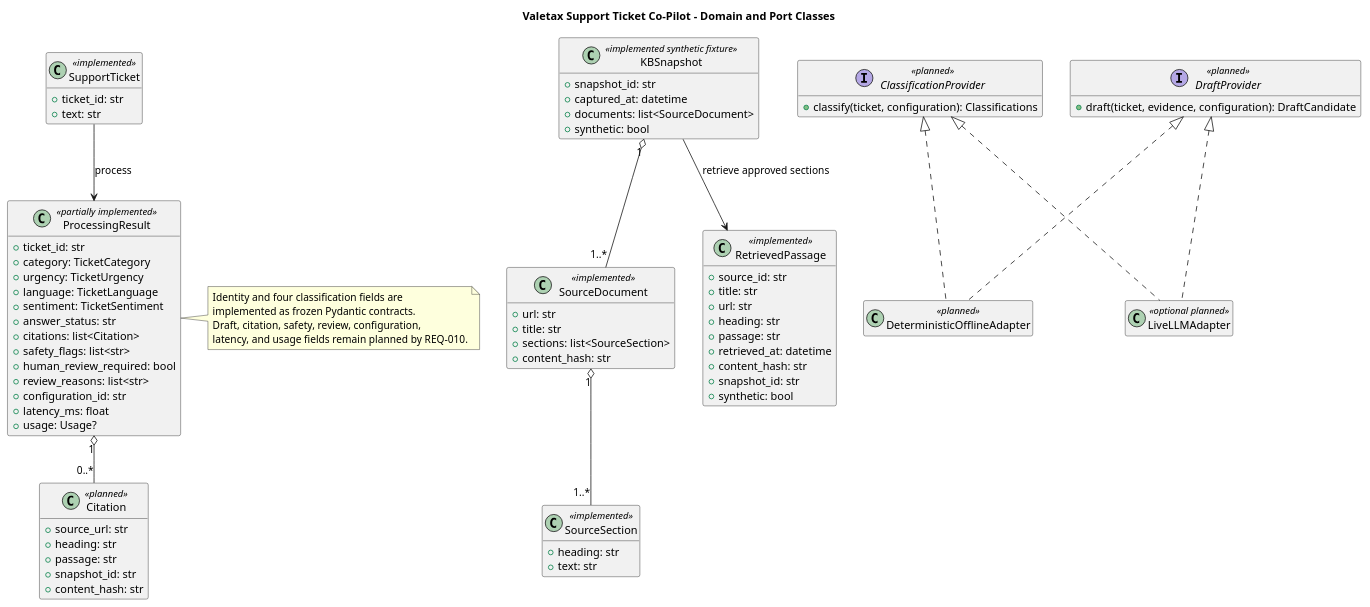
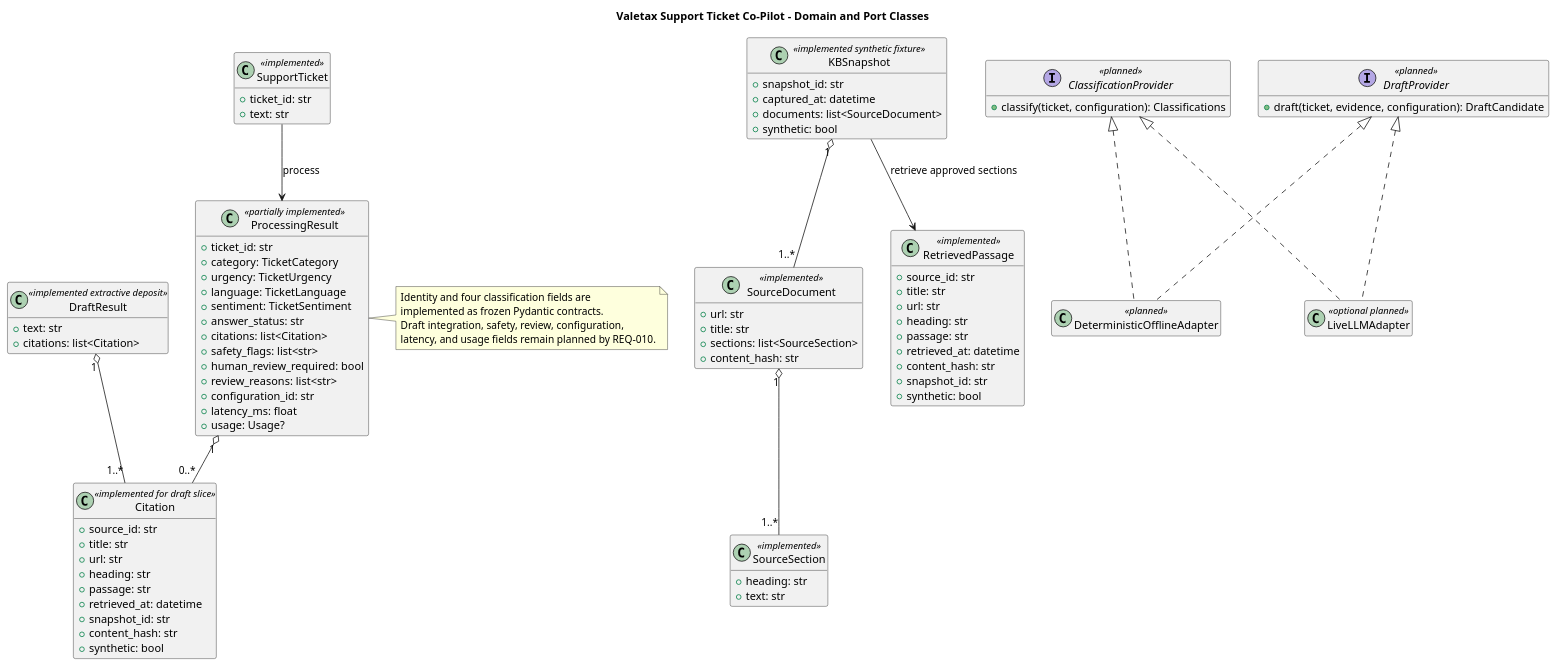
Before and after one commit to stoarch/testA2: the diagram in doc/uml/domain-class.puml, drawn with PlantUML. The commit also changed 20 other files, not shown here.

Commit message:
feat: Implement SCN-006 for extractive deposit drafting with structured citation

```diff
--- a/doc/uml/domain-class.puml
+++ b/doc/uml/domain-class.puml
@@ -1,92 +1,102 @@
 @startuml
 title Valetax Support Ticket Co-Pilot - Domain and Port Classes
 hide empty members
 
 class SupportTicket <<implemented>> {
   +ticket_id: str
   +text: str
 }
 
 class ProcessingResult <<partially implemented>> {
   +ticket_id: str
   +category: TicketCategory
   +urgency: TicketUrgency
   +language: TicketLanguage
   +sentiment: TicketSentiment
   +answer_status: str
   +citations: list<Citation>
   +safety_flags: list<str>
   +human_review_required: bool
   +review_reasons: list<str>
   +configuration_id: str
   +latency_ms: float
   +usage: Usage?
 }
 
-class Citation <<planned>> {
-  +source_url: str
+class Citation <<implemented for draft slice>> {
+  +source_id: str
+  +title: str
+  +url: str
   +heading: str
   +passage: str
+  +retrieved_at: datetime
   +snapshot_id: str
   +content_hash: str
+  +synthetic: bool
+}
+
+class DraftResult <<implemented extractive deposit>> {
+  +text: str
+  +citations: list<Citation>
 }
 
 class KBSnapshot <<implemented synthetic fixture>> {
   +snapshot_id: str
   +captured_at: datetime
   +documents: list<SourceDocument>
   +synthetic: bool
 }
 
 class SourceDocument <<implemented>> {
   +url: str
   +title: str
   +sections: list<SourceSection>
   +content_hash: str
 }
 
 class SourceSection <<implemented>> {
   +heading: str
   +text: str
 }
 
 class RetrievedPassage <<implemented>> {
   +source_id: str
   +title: str
   +url: str
   +heading: str
   +passage: str
   +retrieved_at: datetime
   +content_hash: str
   +snapshot_id: str
   +synthetic: bool
 }
 
 interface ClassificationProvider <<planned>> {
   +classify(ticket, configuration): Classifications
 }
 
 interface DraftProvider <<planned>> {
   +draft(ticket, evidence, configuration): DraftCandidate
 }
 
 class DeterministicOfflineAdapter <<planned>>
 class LiveLLMAdapter <<optional planned>>
 
 ProcessingResult "1" o-- "0..*" Citation
+DraftResult "1" o-- "1..*" Citation
 KBSnapshot "1" o-- "1..*" SourceDocument
 SourceDocument "1" o-- "1..*" SourceSection
 KBSnapshot --> RetrievedPassage : retrieve approved sections
 ClassificationProvider <|.. DeterministicOfflineAdapter
 DraftProvider <|.. DeterministicOfflineAdapter
 ClassificationProvider <|.. LiveLLMAdapter
 DraftProvider <|.. LiveLLMAdapter
 SupportTicket --> ProcessingResult : process
 
 note right of ProcessingResult
 Identity and four classification fields are
 implemented as frozen Pydantic contracts.
-Draft, citation, safety, review, configuration,
+Draft integration, safety, review, configuration,
 latency, and usage fields remain planned by REQ-010.
 end note
 @enduml
```
